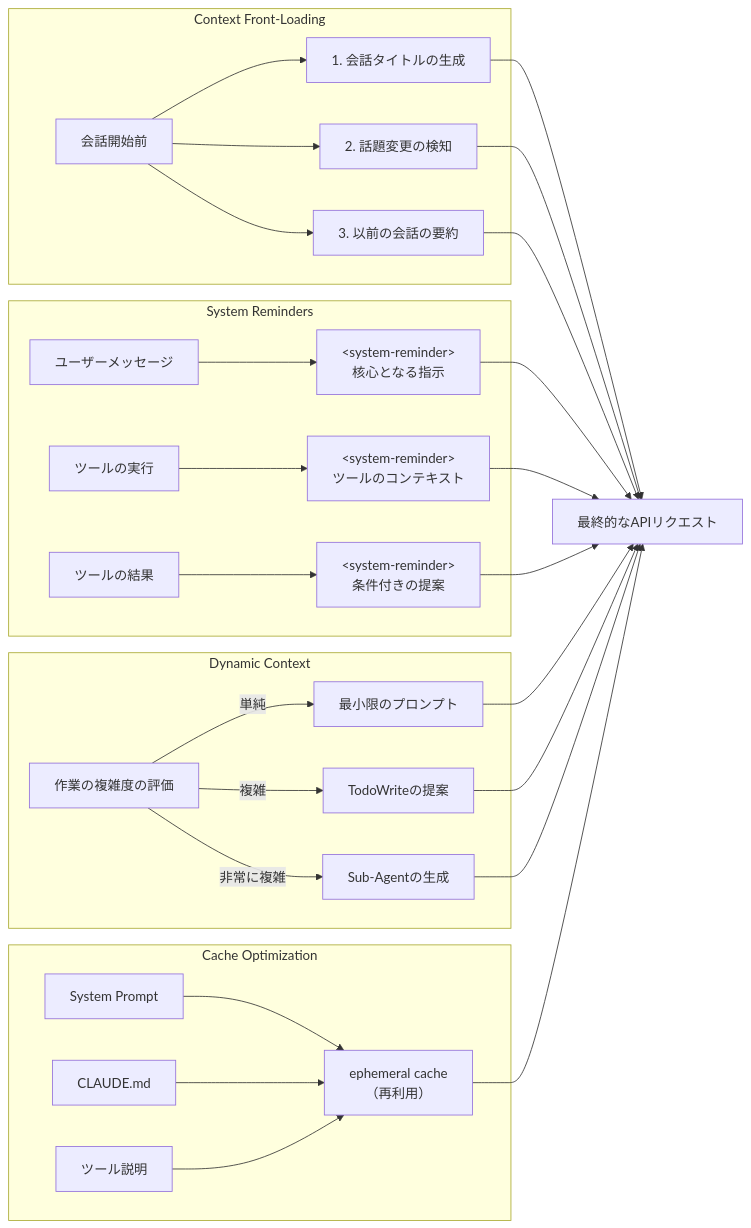
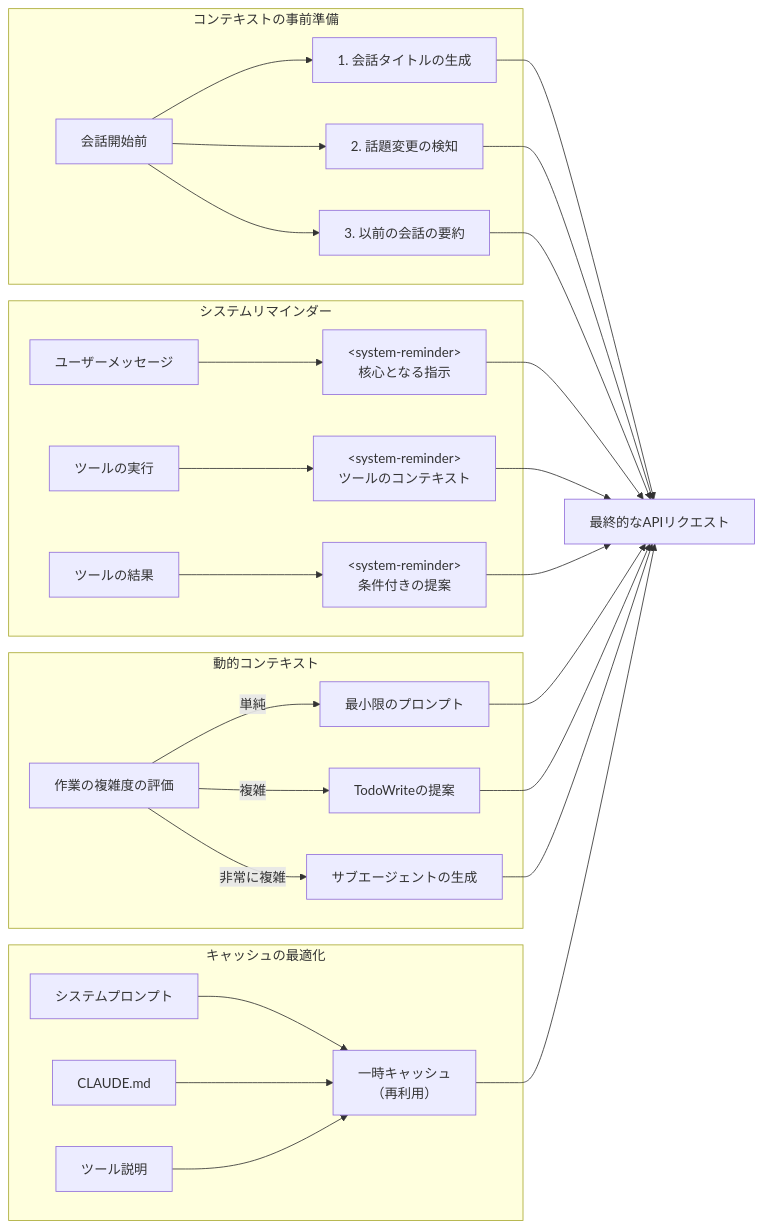
Before and after one commit to roboco-io/roboco-io.github.io: the seventh of 7 diagrams in content/ja/posts/claude-code-deep-dive.md, drawn with Mermaid. The commit also changed other lines of this file and 23 other files, not shown here.

Commit message:
content: localize translated images and Japanese Mermaid diagrams

````diff
--- a/content/ja/posts/claude-code-deep-dive.md
+++ b/content/ja/posts/claude-code-deep-dive.md
@@ -548,48 +548,48 @@
 ```mermaid
 graph LR
-    subgraph "Context Front-Loading"
+    subgraph "コンテキストの事前準備"
         A[会話開始前]
         A --> B[1. 会話タイトルの生成]
         A --> C[2. 話題変更の検知]
         A --> D[3. 以前の会話の要約]
     end
     
-    subgraph "System Reminders"
+    subgraph "システムリマインダー"
         E[ユーザーメッセージ]
         F[ツールの実行]
         G[ツールの結果]
         
         E --> E1["&lt;system-reminder&gt;<br/>核心となる指示"]
         F --> F1["&lt;system-reminder&gt;<br/>ツールのコンテキスト"]
         G --> G1["&lt;system-reminder&gt;<br/>条件付きの提案"]
     end
     
-    subgraph "Dynamic Context"
+    subgraph "動的コンテキスト"
         H[作業の複雑度の評価]
         H -->|単純| I[最小限のプロンプト]
         H -->|複雑| J[TodoWriteの提案]
-        H -->|非常に複雑| K[Sub-Agentの生成]
+        H -->|非常に複雑| K[サブエージェントの生成]
     end
     
-    subgraph "Cache Optimization"
-        L[System Prompt]
+    subgraph "キャッシュの最適化"
+        L[システムプロンプト]
         M[CLAUDE.md]
         N[ツール説明]
         
-        L --> O["ephemeral cache<br/>（再利用）"]
+        L --> O["一時キャッシュ<br/>（再利用）"]
         M --> O
         N --> O
     end
     
     B --> Result[最終的なAPIリクエスト]
     C --> Result
     D --> Result
     E1 --> Result
     F1 --> Result
     G1 --> Result
     I --> Result
     J --> Result
     K --> Result
     O --> Result
     
 ```
````
